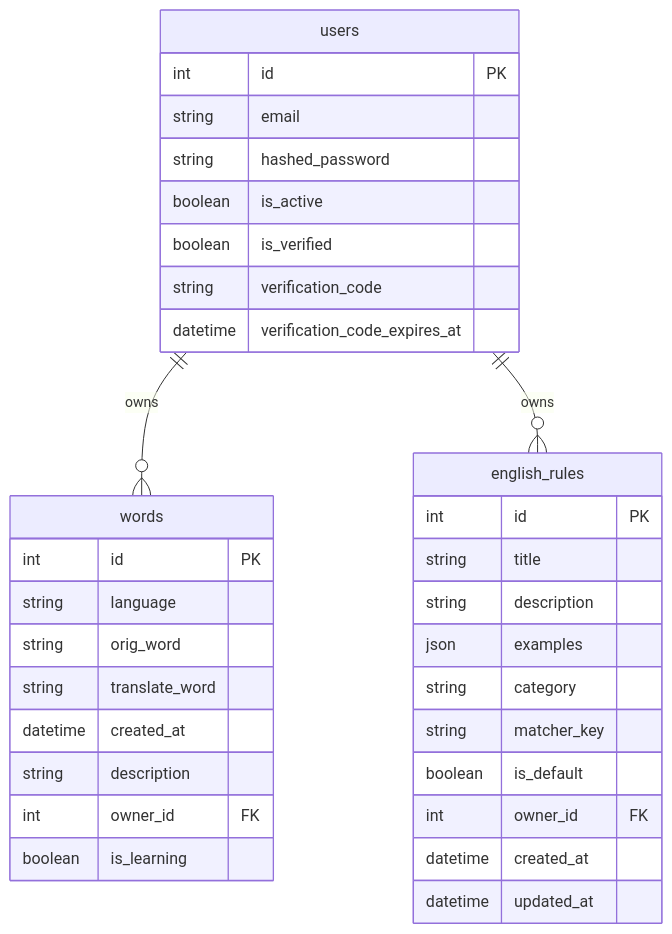
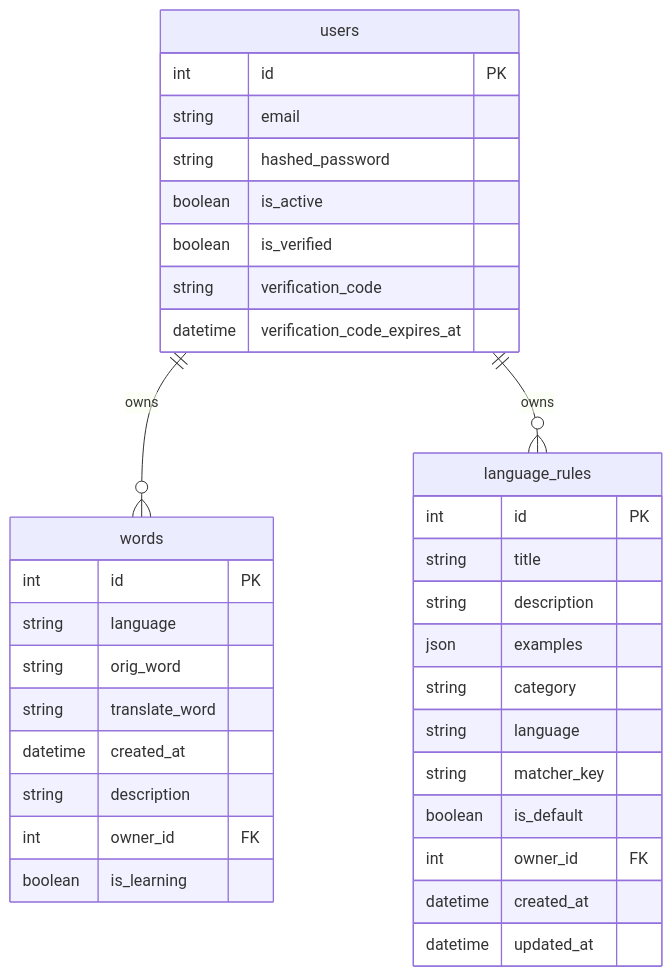
Before and after one commit to fluffybone/myDictionary: the first of 2 diagrams in backend/DB_SCHEMA.md, drawn with Mermaid. The commit also changed other lines of this file and 13 other files, not shown here.

````diff
--- a/backend/DB_SCHEMA.md
+++ b/backend/DB_SCHEMA.md
@@ -7,39 +7,40 @@
 ```mermaid
 erDiagram
     users ||--o{ words : owns
-    users ||--o{ english_rules : owns
+    users ||--o{ language_rules : owns
 
     users {
         int id PK
         string email
         string hashed_password
         boolean is_active
         boolean is_verified
         string verification_code
         datetime verification_code_expires_at
     }
 
     words {
         int id PK
         string language
         string orig_word
         string translate_word
         datetime created_at
         string description
         int owner_id FK
         boolean is_learning
     }
 
-    english_rules {
+    language_rules {
         int id PK
         string title
         string description
         json examples
         string category
+        string language
         string matcher_key
         boolean is_default
         int owner_id FK
         datetime created_at
         datetime updated_at
     }
 ```
````
